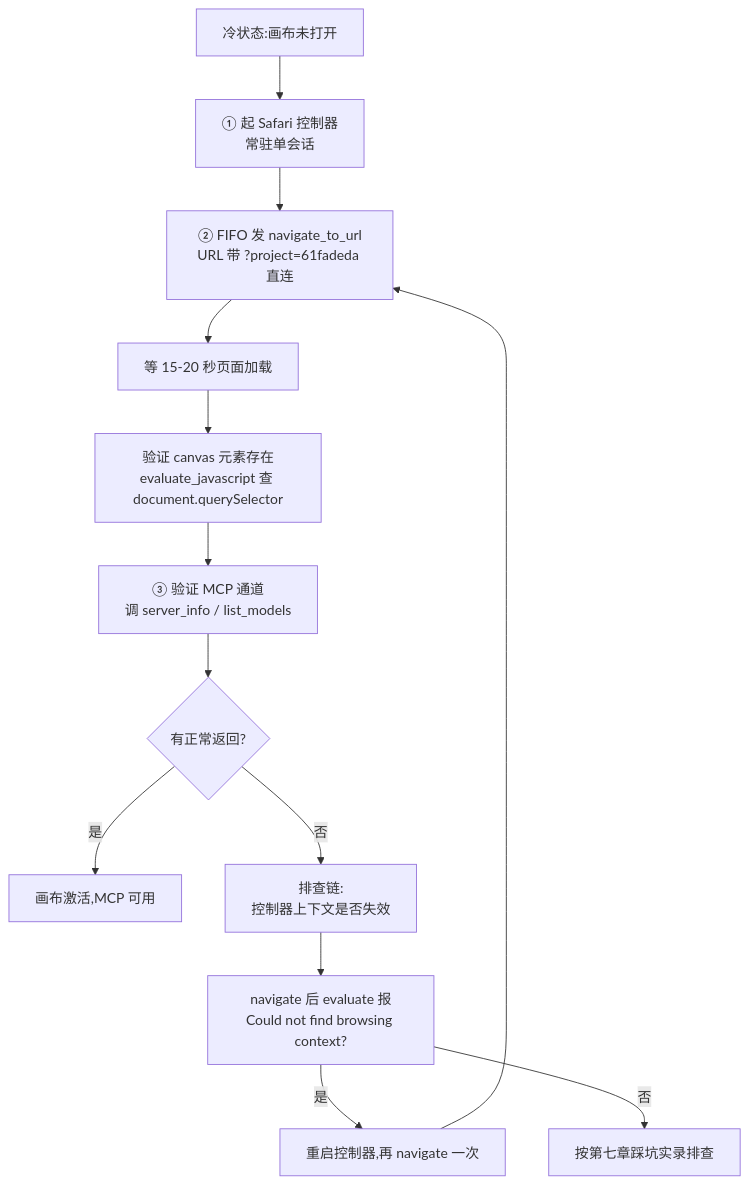
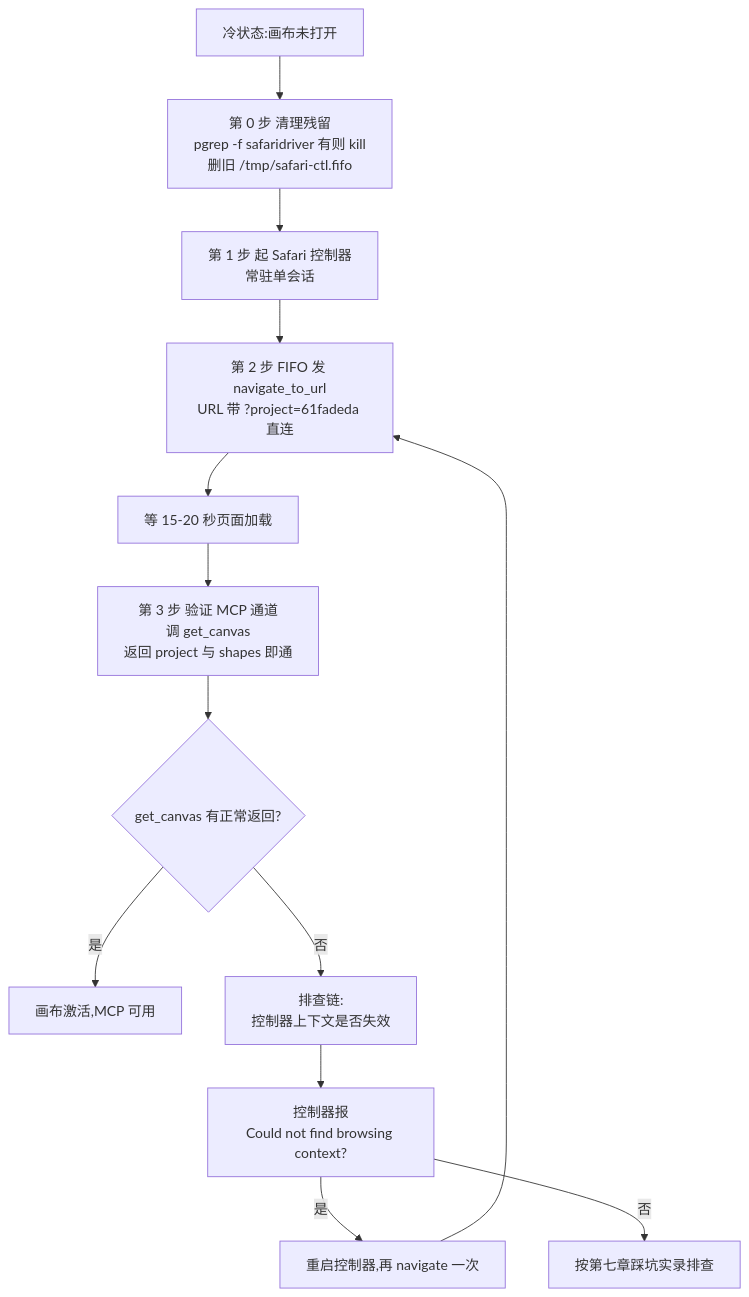
Before and after one commit to fangtang951210/auto-comfyart-image: the first of 3 diagrams in 白皮书/comfyart-image.md, drawn with Mermaid. The commit also changed other lines of this file, not shown here.

````diff
--- a/白皮书/comfyart-image.md
+++ b/白皮书/comfyart-image.md
@@ -45,15 +45,15 @@
 ```mermaid
 flowchart TD
-    A[冷状态:画布未打开] --> B[① 起 Safari 控制器<br/>常驻单会话]
-    B --> C[② FIFO 发 navigate_to_url<br/>URL 带 ?project=61fadeda 直连]
+    A[冷状态:画布未打开] --> Z[第 0 步 清理残留<br/>pgrep -f safaridriver 有则 kill<br/>删旧 /tmp/safari-ctl.fifo]
+    Z --> B[第 1 步 起 Safari 控制器<br/>常驻单会话]
+    B --> C[第 2 步 FIFO 发 navigate_to_url<br/>URL 带 ?project=61fadeda 直连]
     C --> D[等 15-20 秒页面加载]
-    D --> E[验证 canvas 元素存在<br/>evaluate_javascript 查 document.querySelector]
-    E --> F[③ 验证 MCP 通道<br/>调 server_info / list_models]
-    F --> G{有正常返回?}
+    D --> E[第 3 步 验证 MCP 通道<br/>调 get_canvas<br/>返回 project 与 shapes 即通]
+    E --> G{get_canvas 有正常返回?}
     G -- 是 --> H[画布激活,MCP 可用]
     G -- 否 --> I[排查链:<br/>控制器上下文是否失效]
-    I --> J[navigate 后 evaluate 报<br/>Could not find browsing context?]
+    I --> J[控制器报<br/>Could not find browsing context?]
     J -- 是 --> K[重启控制器,再 navigate 一次]
     K --> C
     J -- 否 --> L[按第七章踩坑实录排查]
 ```
````
